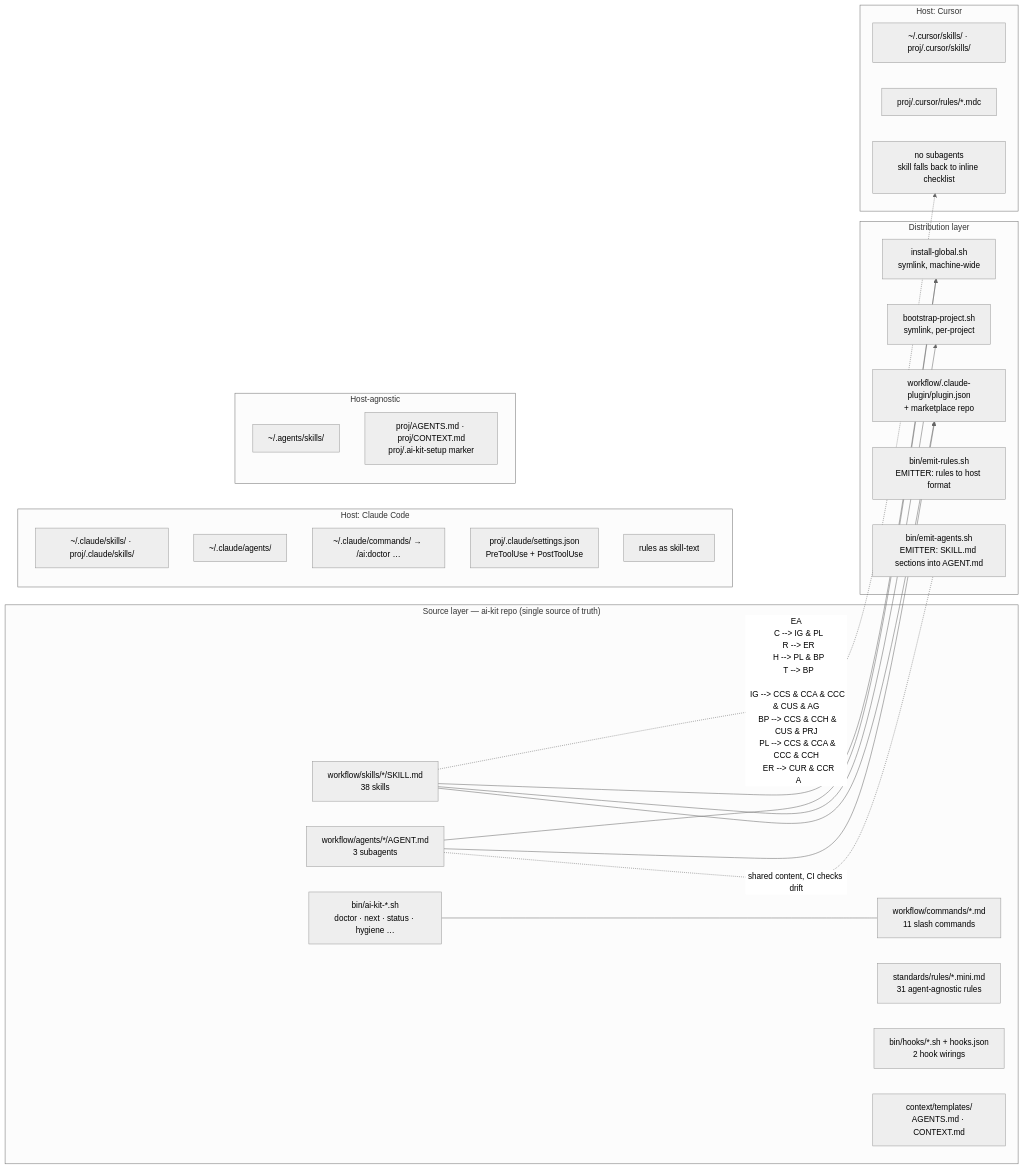
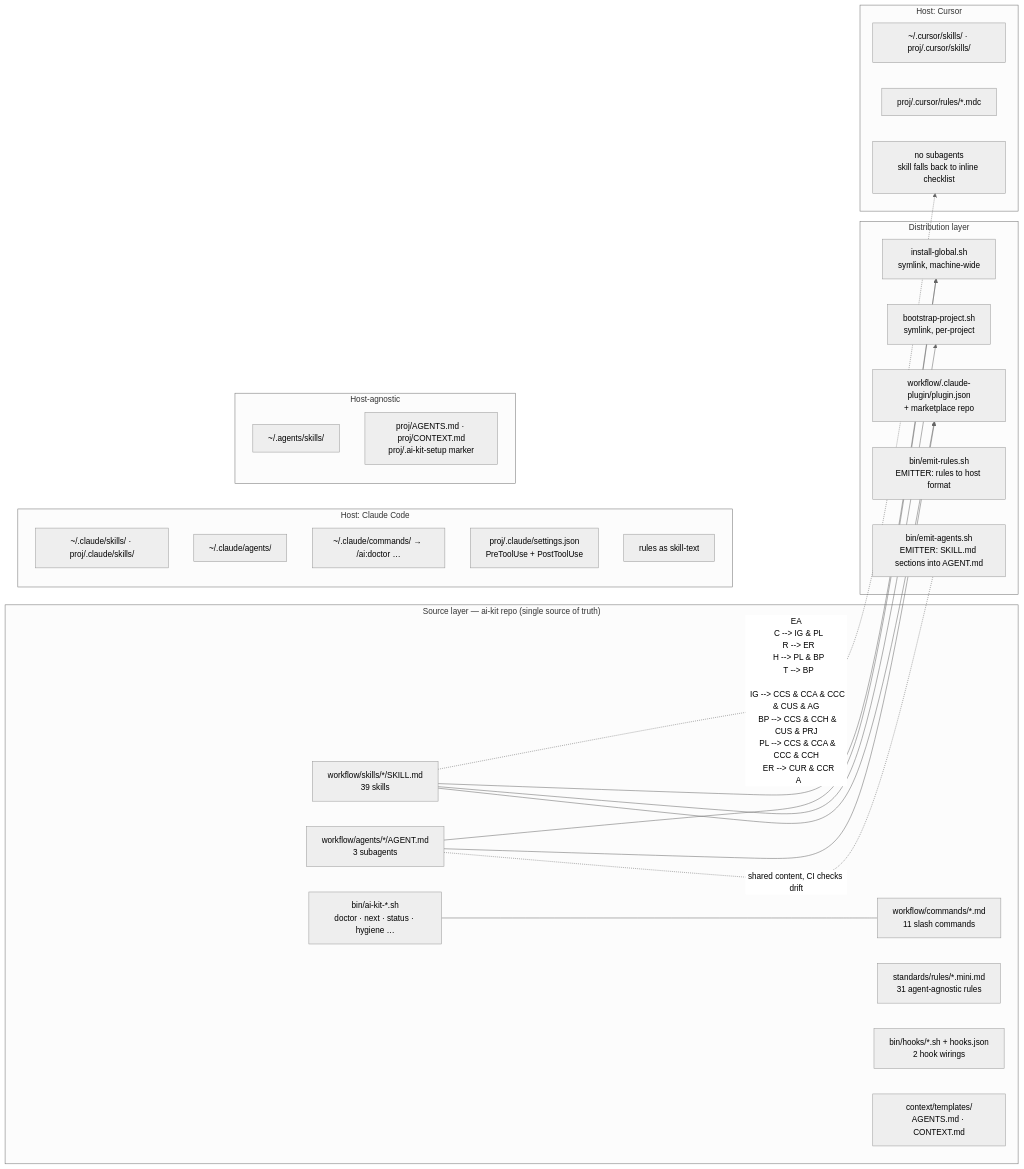
The first of 2 diagrams in docs/diagrams.md (yusufkaracaburun/ai-kit), drawn with Mermaid (neutral theme) before and after one commit. The commit also changed 16 other files, not shown here.

````diff
--- a/docs/diagrams.md
+++ b/docs/diagrams.md
@@ -10,55 +10,55 @@
 ```mermaid
 flowchart LR
   subgraph SRC["Source layer — ai-kit repo (single source of truth)"]
-    S["workflow/skills/*/SKILL.md<br/>38 skills"]
+    S["workflow/skills/*/SKILL.md<br/>39 skills"]
     A["workflow/agents/*/AGENT.md<br/>3 subagents"]
     C["workflow/commands/*.md<br/>11 slash commands"]
     R["standards/rules/*.mini.md<br/>31 agent-agnostic rules"]
     H["bin/hooks/*.sh + hooks.json<br/>2 hook wirings"]
     B["bin/ai-kit-*.sh<br/>doctor · next · status · hygiene …"]
     T["context/templates/<br/>AGENTS.md · CONTEXT.md"]
   end
 
   subgraph DIST["Distribution layer"]
     IG["install-global.sh<br/>symlink, machine-wide"]
     BP["bootstrap-project.sh<br/>symlink, per-project"]
     PL["workflow/.claude-plugin/plugin.json<br/>+ marketplace repo"]
     ER["bin/emit-rules.sh<br/>EMITTER: rules to host format"]
     EA["bin/emit-agents.sh<br/>EMITTER: SKILL.md sections into AGENT.md"]
   end
 
   subgraph CC["Host: Claude Code"]
     CCS["~/.claude/skills/ · proj/.claude/skills/"]
     CCA["~/.claude/agents/"]
     CCC["~/.claude/commands/ → /ai:doctor …"]
     CCH["proj/.claude/settings.json<br/>PreToolUse + PostToolUse"]
     CCR["rules as skill-text"]
   end
 
   subgraph CU["Host: Cursor"]
     CUS["~/.cursor/skills/ · proj/.cursor/skills/"]
     CUR["proj/.cursor/rules/*.mdc"]
     CUN["no subagents<br/>skill falls back to inline checklist"]
   end
 
   subgraph HA["Host-agnostic"]
     AG["~/.agents/skills/"]
     PRJ["proj/AGENTS.md · proj/CONTEXT.md<br/>proj/.ai-kit-setup marker"]
   end
 
   S --> IG & BP & PL
   A --> IG & PL
   A -. "shared content, CI checks drift" .- EA
   S -. EA
   C --> IG & PL
   R --> ER
   H --> PL & BP
   T --> BP
 
   IG --> CCS & CCA & CCC & CUS & AG
   BP --> CCS & CCH & CUS & PRJ
   PL --> CCS & CCA & CCC & CCH
   ER --> CUR & CCR
   A -.-> CUN
   B --- C
 ```
````
